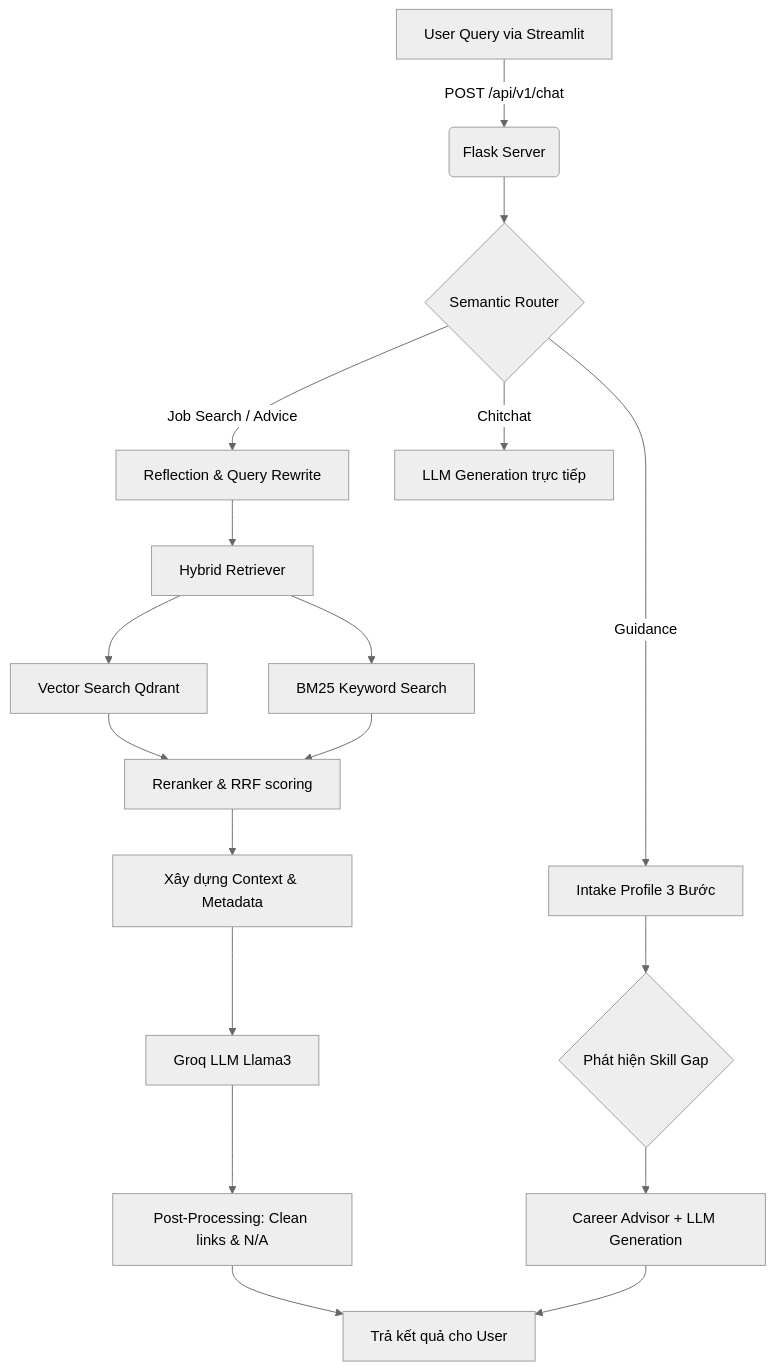
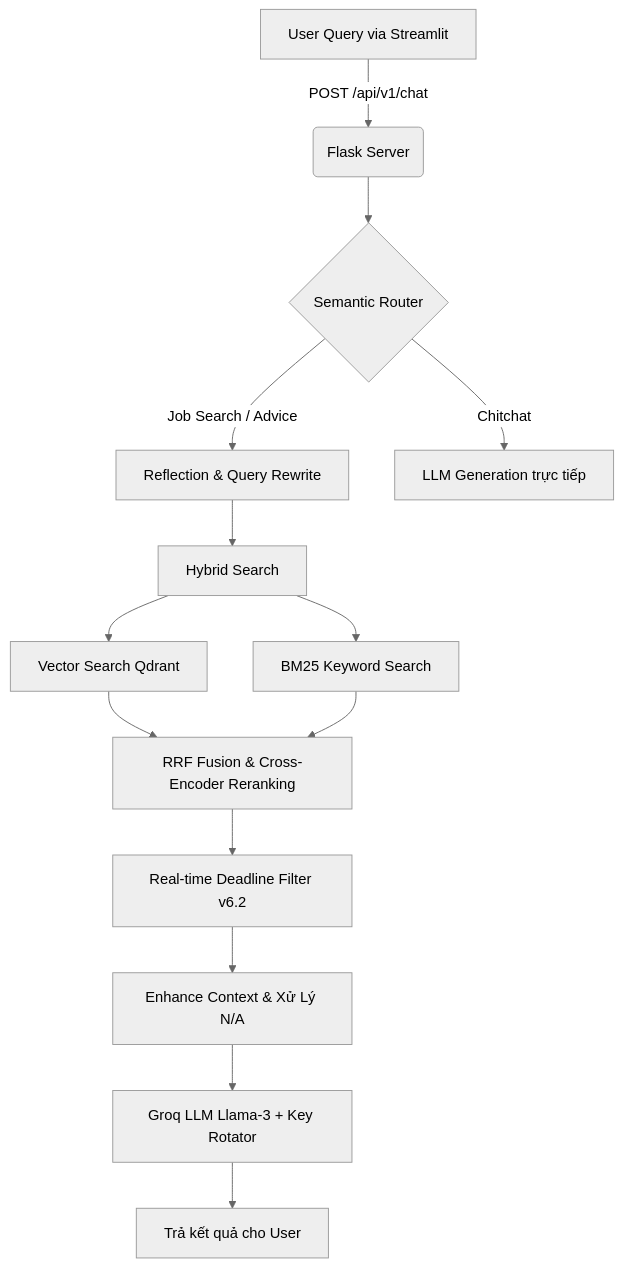
Before and after one commit to LDH-LeHieu18012005/Career-Bot: the diagram in README.md, drawn with Mermaid (neutral theme). The commit also changed other lines of this file and 24 other files, not shown here.

Commit message:
Update job_search, date, cross - encoder reranker, sample router, API, test Retrieval

````diff
--- a/README.md
+++ b/README.md
@@ -31,22 +26,20 @@
 ```mermaid
 graph TD
     A[User Query via Streamlit] -->|POST /api/v1/chat| B(Flask Server)
     B --> C{Semantic Router}
+    
     C -->|Job Search / Advice| D[Reflection & Query Rewrite]
-    C -->|Guidance| E[Intake Profile 3 Bước]
     C -->|Chitchat| F[LLM Generation trực tiếp]
     
-    D --> G[Hybrid Retriever]
+    D --> G[Hybrid Search]
     G --> H[Vector Search Qdrant]
     G --> I[BM25 Keyword Search]
-    H --> J[Reranker & RRF scoring]
+    
+    H --> J[RRF Fusion & Cross-Encoder Reranking]
     I --> J
-    J --> K[Xây dựng Context & Metadata]
-    K --> L[Groq LLM Llama3]
-    L --> M[Post-Processing: Clean links & N/A]
-    M --> N[Trả kết quả cho User]
     
-    E --> O{Phát hiện Skill Gap}
-    O --> P[Career Advisor + LLM Generation]
-    P --> N
+    J --> K[Real-time Deadline Filter v6.2]
+    K --> L[Enhance Context & Xử Lý N/A]
+    L --> M[Groq LLM Llama-3 + Key Rotator]
+    M --> O[Trả kết quả cho User]
 ```
````
